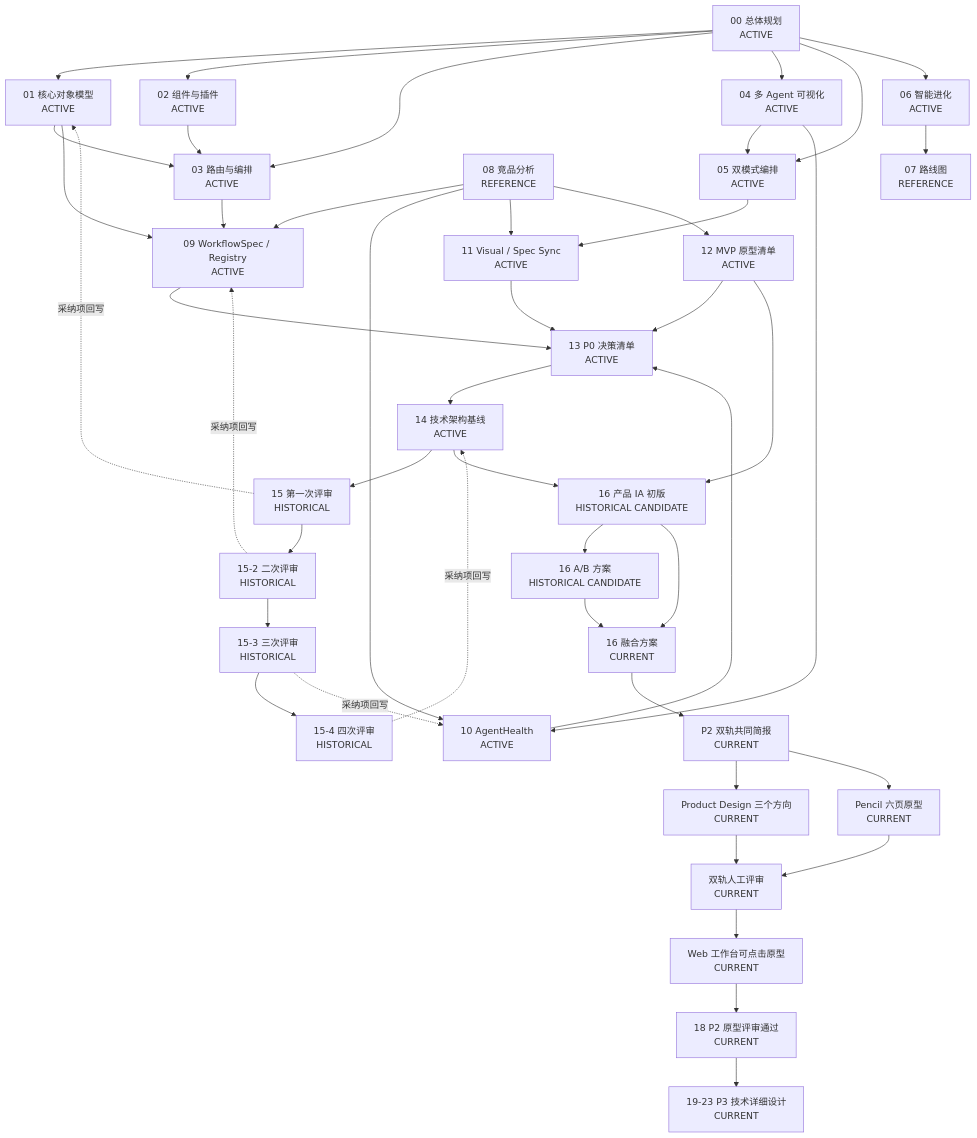
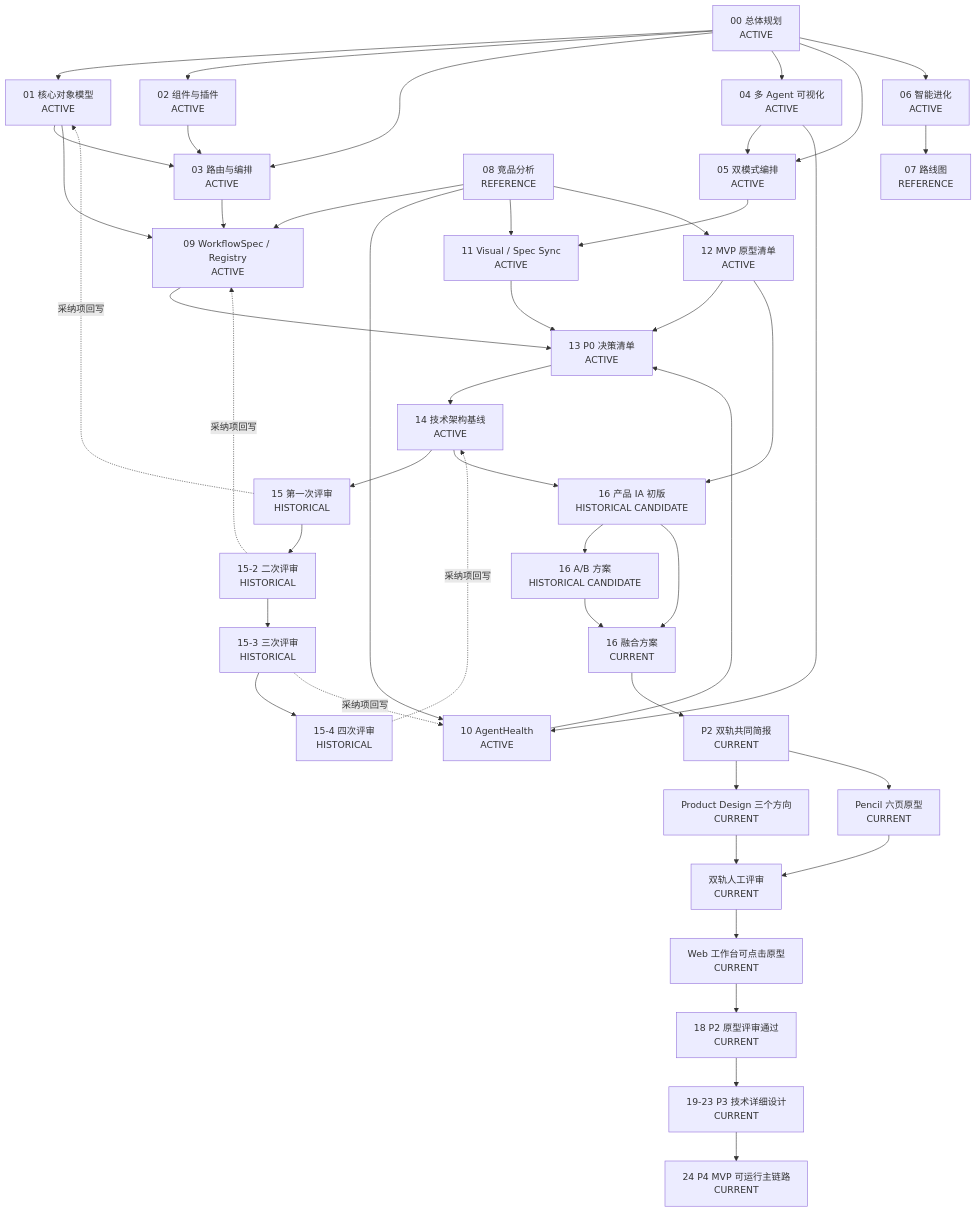
One commit to haozhangyue/miracle-agent changed the diagram in 17_文档资产关联与AI阅读导航.md. Above: the diagram before and after it, drawn with Mermaid. The commit also changed other lines of this file and 58 other files, not shown here.

````diff
--- a/17_文档资产关联与AI阅读导航.md
+++ b/17_文档资产关联与AI阅读导航.md
@@ -78,65 +78,66 @@
 ```mermaid
 flowchart TD
   P00["00 总体规划<br/>ACTIVE"]
   P01["01 核心对象模型<br/>ACTIVE"]
   P02["02 组件与插件<br/>ACTIVE"]
   P03["03 路由与编排<br/>ACTIVE"]
   P04["04 多 Agent 可视化<br/>ACTIVE"]
   P05["05 双模式编排<br/>ACTIVE"]
   P06["06 智能进化<br/>ACTIVE"]
   P07["07 路线图<br/>REFERENCE"]
 
   P00 --> P01
   P00 --> P02
   P00 --> P03
   P00 --> P04
   P00 --> P05
   P00 --> P06
   P01 --> P03
   P02 --> P03
   P04 --> P05
   P06 --> P07
 
   P08["08 竞品分析<br/>REFERENCE"]
   P08 --> P09["09 WorkflowSpec / Registry<br/>ACTIVE"]
   P08 --> P10["10 AgentHealth<br/>ACTIVE"]
   P08 --> P11["11 Visual / Spec Sync<br/>ACTIVE"]
   P08 --> P12["12 MVP 原型清单<br/>ACTIVE"]
 
   P01 --> P09
   P03 --> P09
   P04 --> P10
   P05 --> P11
 
   P09 --> P13["13 P0 决策清单<br/>ACTIVE"]
   P10 --> P13
   P11 --> P13
   P12 --> P13
 
   P13 --> P14["14 技术架构基线<br/>ACTIVE"]
 
   P14 --> R1["15 第一次评审<br/>HISTORICAL"]
   R1 --> R2["15-2 二次评审<br/>HISTORICAL"]
   R2 --> R3["15-3 三次评审<br/>HISTORICAL"]
   R3 --> R4["15-4 四次评审<br/>HISTORICAL"]
 
   R1 -.采纳项回写.-> P01
   R2 -.采纳项回写.-> P09
   R3 -.采纳项回写.-> P10
   R4 -.采纳项回写.-> P14
 
   P14 --> IA1["16 产品 IA 初版<br/>HISTORICAL CANDIDATE"]
   P12 --> IA1
   IA1 --> IAB["16 A/B 方案<br/>HISTORICAL CANDIDATE"]
   IA1 --> IAF["16 融合方案<br/>CURRENT"]
   IAB --> IAF
 
   IAF --> Brief["P2 双轨共同简报<br/>CURRENT"]
   Brief --> PD["Product Design 三个方向<br/>CURRENT"]
   Brief --> Pencil["Pencil 六页原型<br/>CURRENT"]
   PD --> Review["双轨人工评审<br/>CURRENT"]
   Pencil --> Review
   Review --> Fusion["Web 工作台可点击原型<br/>CURRENT"]
   Fusion --> P18["18 P2 原型评审通过<br/>CURRENT"]
   P18 --> P3["19-23 P3 技术详细设计<br/>CURRENT"]
+  P3 --> P4["24 P4 MVP 可运行主链路<br/>CURRENT"]
 ```
````
